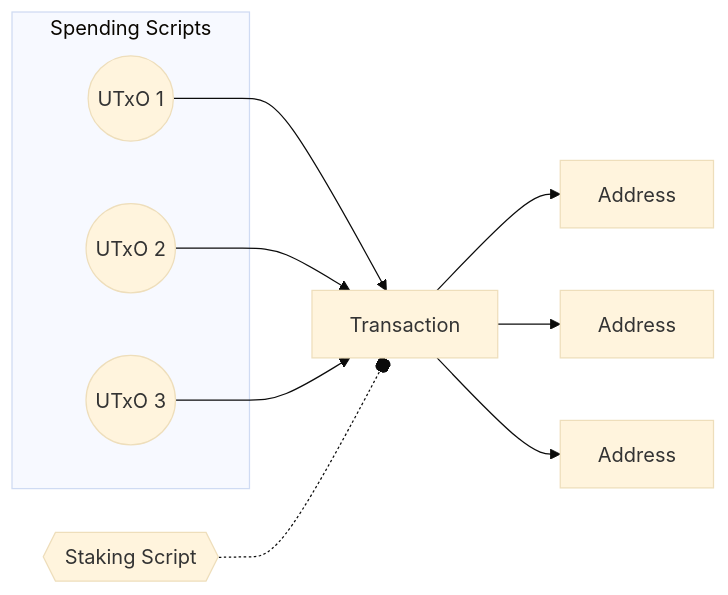
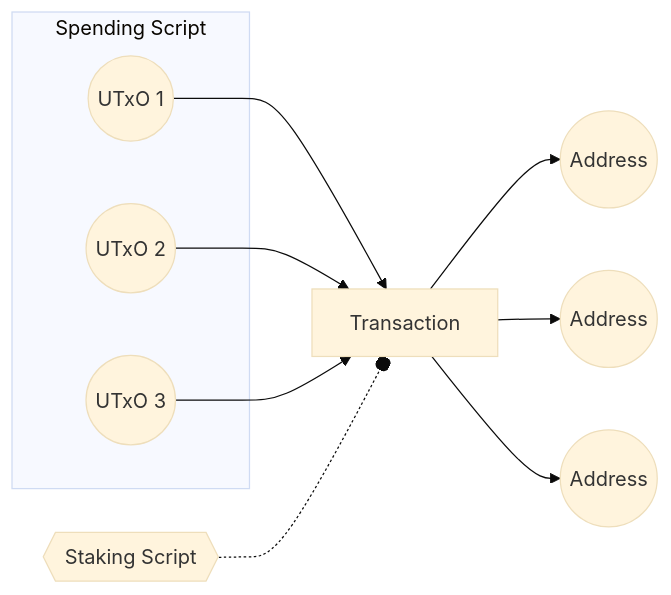
The third of 4 diagrams in STAKE-VALIDATOR.md (Anastasia-Labs/design-patterns), drawn with Mermaid (base theme) before and after one commit. The commit also changed other lines of this file, not shown here.

````diff
--- a/STAKE-VALIDATOR.md
+++ b/STAKE-VALIDATOR.md
@@ -105,16 +109,16 @@
 ```mermaid
 graph LR
     TX[ Transaction ]
-    subgraph Spending Scripts
+    subgraph Spending Script
     S1((UTxO 1))
     S2((UTxO 2))
     S3((UTxO 3))
     end
     S1 --> TX
     S2 --> TX
     S3 --> TX
     ST{{Staking Script}} -.-o TX
-    TX --> A1[Address]
-    TX --> A2[Address]
-    TX --> A3[Address]
+    TX --> A1((Address))
+    TX --> A2((Address))
+    TX --> A3((Address))
 ```
````
